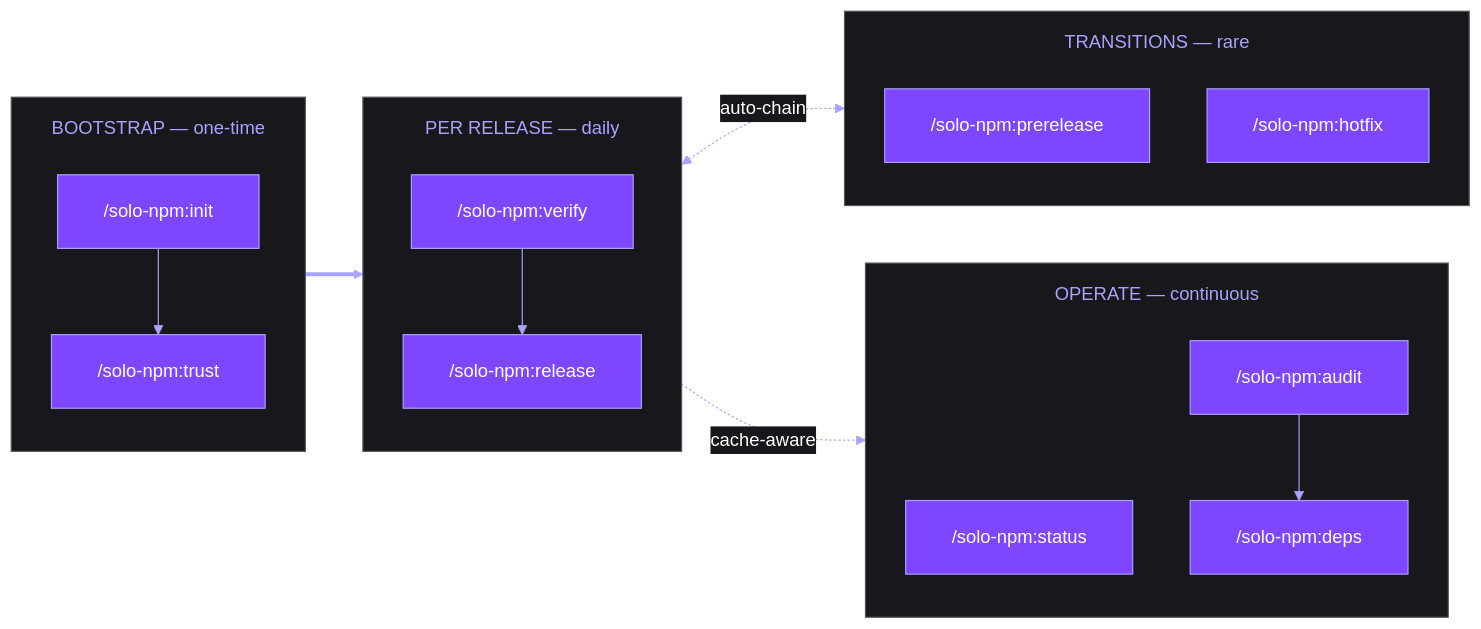
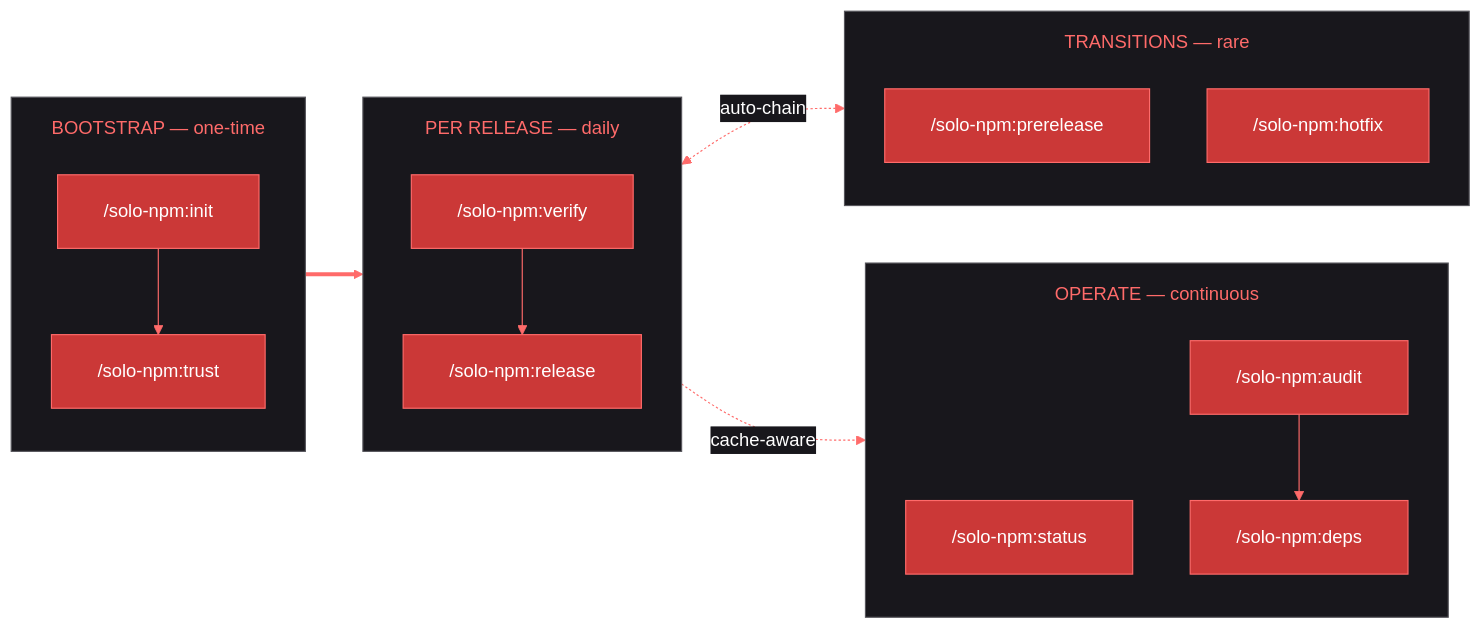
One commit to gagle/solo-npm changed the first of 4 diagrams in README.md. Above: the diagram before and after it, drawn with Mermaid. The commit also changed other lines of this file and 6 other files, not shown here.

First line of the commit message:
docs: hero banner + npm-red palette across diagrams + resources/

````diff
--- a/README.md
+++ b/README.md
@@ -9,47 +11,47 @@
 ```mermaid
 %%{init: {'theme':'base','themeVariables':{
-  'primaryColor':'#7e47ff',
+  'primaryColor':'#cb3837',
   'primaryTextColor':'#ffffff',
-  'primaryBorderColor':'#a8a4fd',
-  'lineColor':'#a8a4fd',
-  'secondaryColor':'#5620bc',
-  'tertiaryColor':'#401e8a',
+  'primaryBorderColor':'#ff6b6a',
+  'lineColor':'#ff6b6a',
+  'secondaryColor':'#a02320',
+  'tertiaryColor':'#7d1c1a',
   'background':'#111114',
-  'mainBkg':'#7e47ff',
-  'secondBkg':'#5620bc',
+  'mainBkg':'#cb3837',
+  'secondBkg':'#a02320',
   'tertiaryBkg':'#2c2a32',
   'clusterBkg':'#18171c',
   'clusterBorder':'#56555b',
-  'titleColor':'#a8a4fd',
+  'titleColor':'#ff6b6a',
   'edgeLabelBackground':'#18171c',
   'fontFamily':'ui-monospace, monospace'
 },'flowchart':{'padding':20,'subGraphTitleMargin':{'top':15,'bottom':15}}}}%%
 flowchart LR
     subgraph BS["BOOTSTRAP — one-time"]
         direction TB
         init["/solo-npm:init"]
         trust["/solo-npm:trust"]
         init --> trust
     end
     subgraph PR["PER RELEASE — daily"]
         direction TB
         verify["/solo-npm:verify"]
         release["/solo-npm:release"]
         verify --> release
     end
     subgraph LT["TRANSITIONS — rare"]
         direction TB
         prerelease["/solo-npm:prerelease"]
         hotfix["/solo-npm:hotfix"]
     end
     subgraph OP["OPERATE — continuous"]
         direction TB
         status["/solo-npm:status"]
         audit["/solo-npm:audit"]
         deps["/solo-npm:deps"]
         audit --> deps
     end
     BS ==> PR
     PR <-.auto-chain.-> LT
     PR -.cache-aware.-> OP
 ```
````
